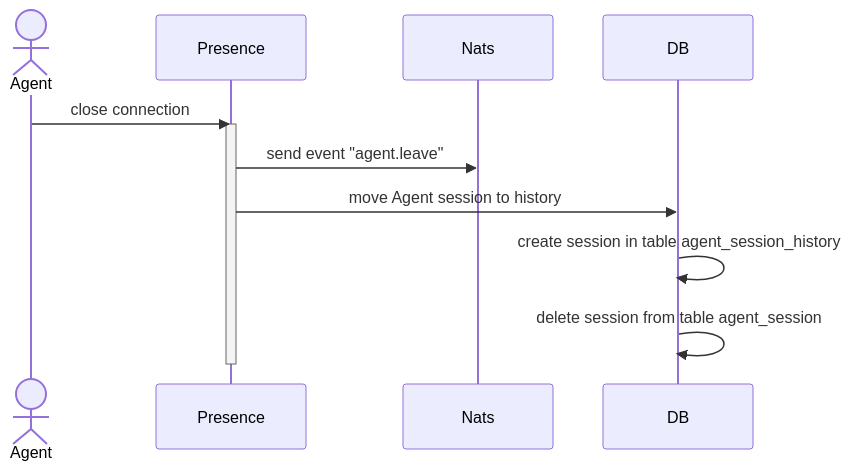
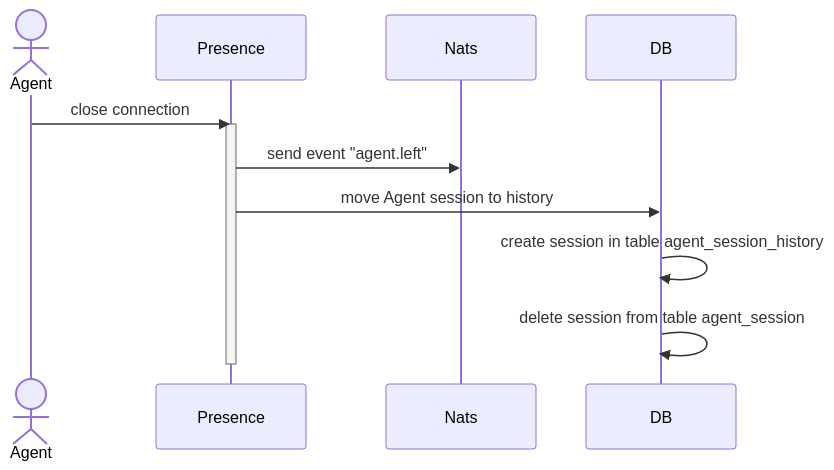
The second of 2 diagrams in docs/src/session/events.md (foxford/presence), drawn with Mermaid before and after one commit. The commit also changed other lines of this file and 10 other files, not shown here.

````diff
--- a/docs/src/session/events.md
+++ b/docs/src/session/events.md
@@ -60,15 +130,15 @@
 ```mermaid
 sequenceDiagram
     actor Agent
     participant Presence
     participant Nats
     participant DB
 
     Agent ->> Presence: close connection
     activate Presence
-    Presence ->> Nats: send event "agent.leave"
+    Presence ->> Nats: send event "agent.left"
     Presence ->> DB: move Agent session to history
     DB ->> DB: create session in table agent_session_history
     DB ->> DB: delete session from table agent_session
     deactivate Presence
 ```
````
